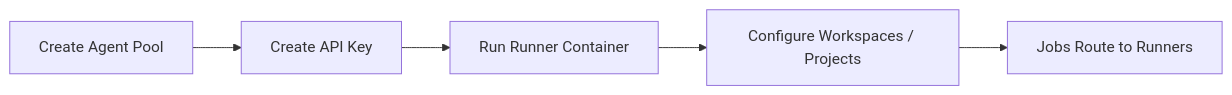
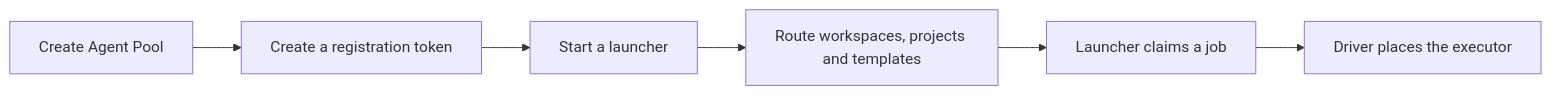
The diagram in docs/user-guides/self-hosted-runners.md (vhco-pro/stackweaver-frontend), drawn with Mermaid before and after one commit. The commit also changed other lines of this file and 118 other files, not shown here.

Commit message:
Merge pull request #1002: launchers, drivers and executors for every run, job and sync (#304)

````diff
--- a/docs/user-guides/self-hosted-runners.md
+++ b/docs/user-guides/self-hosted-runners.md
@@ -41,7 +59,8 @@
 ```mermaid
 flowchart LR
-    A["Create Agent Pool"] --> B["Create API Key"]
-    B --> C["Run Runner Container"]
-    C --> D["Configure Workspaces / Projects"]
-    D --> E["Jobs Route to Runners"]
+    A["Create Agent Pool"] --> B["Create a registration token"]
+    B --> C["Start a launcher"]
+    C --> D["Route workspaces, projects and templates"]
+    D --> E["Launcher claims a job"]
+    E --> F["Driver places the executor"]
 ```
````
